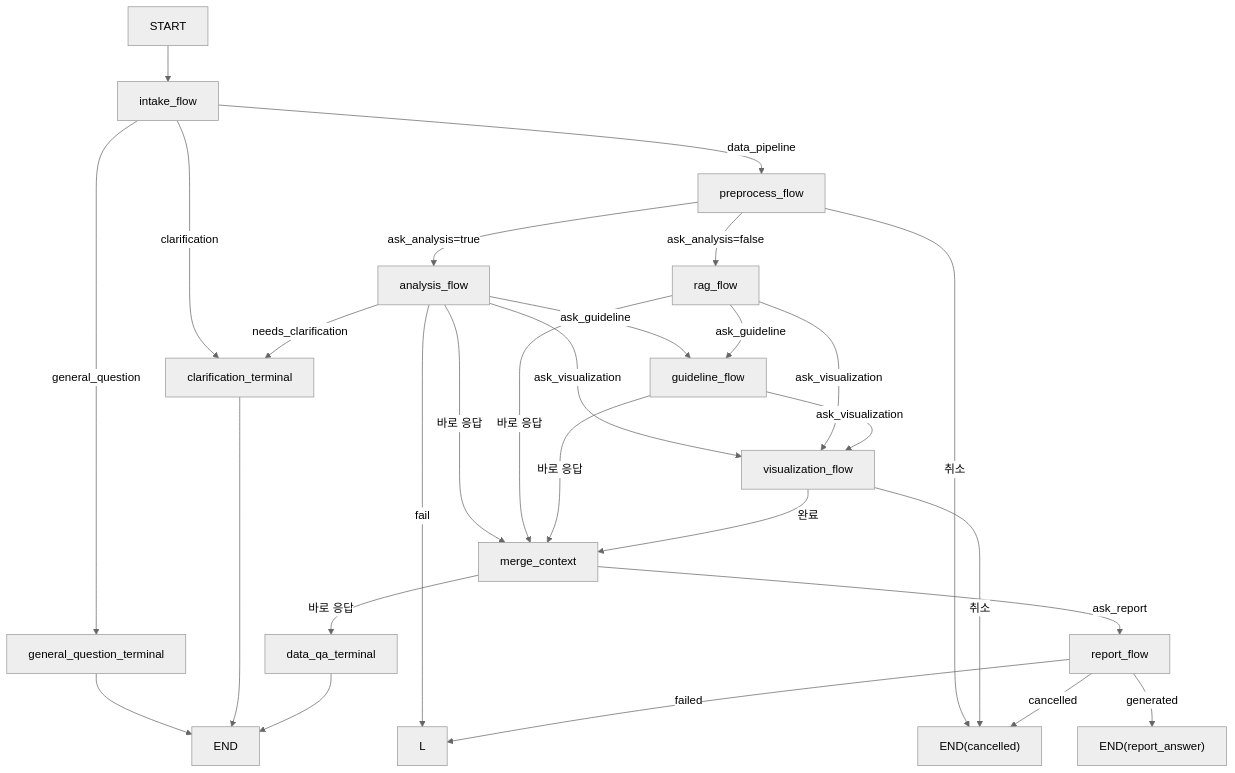
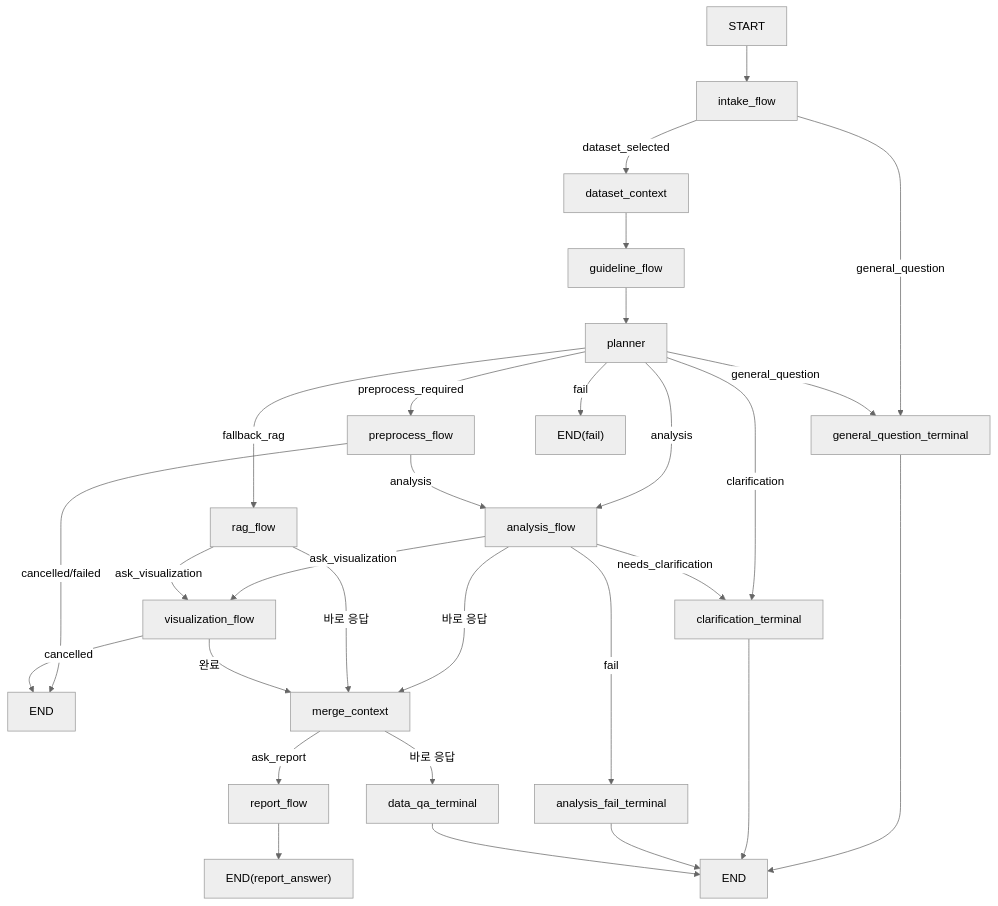
One commit to StableSub/Data-Analysis-Agent changed the diagram in docs/architecture/request-lifecycle.md. Above: the diagram before and after it, drawn with Mermaid (neutral theme). The commit also changed other lines of this file and 10 other files, not shown here.

````diff
--- a/docs/architecture/request-lifecycle.md
+++ b/docs/architecture/request-lifecycle.md
@@ -25,30 +25,31 @@
 ```mermaid
 flowchart TD
     A["START"] --> B["intake_flow"]
     B -->|general_question| C["general_question_terminal"]
-    B -->|clarification| G["clarification_terminal"]
-    B -->|data_pipeline| I["preprocess_flow"]
-    I -->|ask_analysis=true| J["analysis_flow"]
-    I -->|ask_analysis=false| H["rag_flow"]
-    I -->|취소| K["END(cancelled)"]
+    B -->|dataset_selected| D["dataset_context"]
+    D --> E["guideline_flow"]
+    E --> F["planner"]
+    F -->|general_question| C
+    F -->|fallback_rag| H["rag_flow"]
+    F -->|preprocess_required| I["preprocess_flow"]
+    F -->|analysis| J["analysis_flow"]
+    F -->|clarification| G["clarification_terminal"]
+    F -->|fail| Z["END(fail)"]
+    I -->|analysis| J
+    I -->|cancelled/failed| K["END"]
     J -->|needs_clarification| G
-    J -->|fail| L
-    J -->|ask_guideline| E["guideline_flow"]
+    J -->|fail| L["analysis_fail_terminal"]
     J -->|ask_visualization| M["visualization_flow"]
     J -->|바로 응답| N["merge_context"]
-    H -->|ask_guideline| E
     H -->|ask_visualization| M
     H -->|바로 응답| N
-    E -->|ask_visualization| M
-    E -->|바로 응답| N
-    M -->|취소| K
+    M -->|cancelled| K
     M -->|완료| N
     N -->|ask_report| O["report_flow"]
     N -->|바로 응답| P["data_qa_terminal"]
-    O -->|cancelled| K
-    O -->|failed| L
-    O -->|generated| Q["END(report_answer)"]
+    O --> Q["END(report_answer)"]
     C --> R["END"]
     G --> R
+    L --> R
     P --> R
 ```
````
